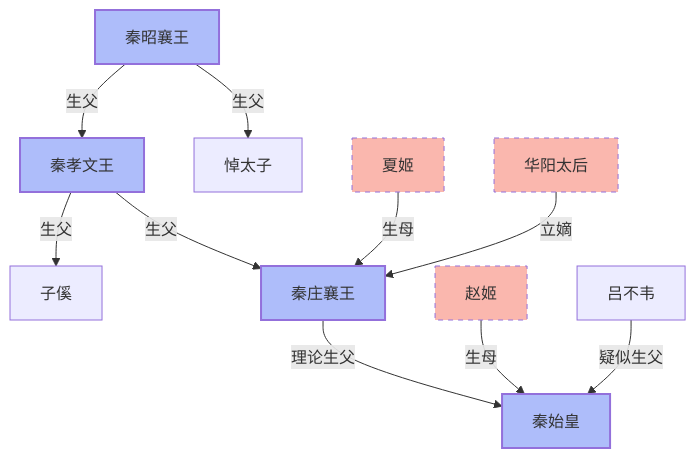
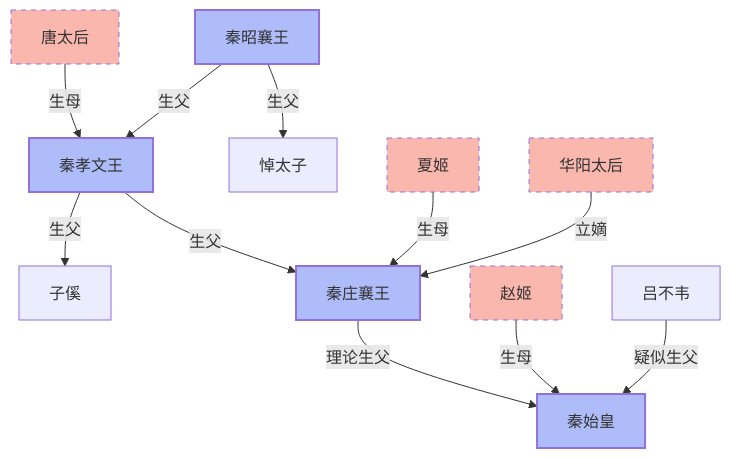
One commit to gamefang/zizhitongjian changed the second of 2 diagrams in 筆記/资治通鉴5.md. Above: the diagram before and after it, drawn with Mermaid. The commit also changed 4 other files, not shown here.

````diff
--- a/筆記/资治通鉴5.md
+++ b/筆記/资治通鉴5.md
@@ -84,18 +84,19 @@
 ```mermaid
 graph TB
 
 秦昭襄王--生父-->悼太子
 秦昭襄王--生父-->秦孝文王
+唐太后--生母-->秦孝文王
 秦孝文王--生父-->秦庄襄王
 秦孝文王--生父-->子傒
 夏姬--生母-->秦庄襄王
 华阳太后--立嫡-->秦庄襄王
 秦庄襄王--理论生父-->秦始皇
 赵姬--生母-->秦始皇
 吕不韦--疑似生父-->秦始皇
 
 classDef male fill:#AEBDFA,stroke-width:2px
 classDef female fill:#FAB7AE,stroke-dasharray:5,5
 class 秦昭襄王,秦孝文王,秦庄襄王,秦始皇 male
-class 夏姬,华阳太后,赵姬 female
+class 唐太后,夏姬,华阳太后,赵姬 female
 ```
````
